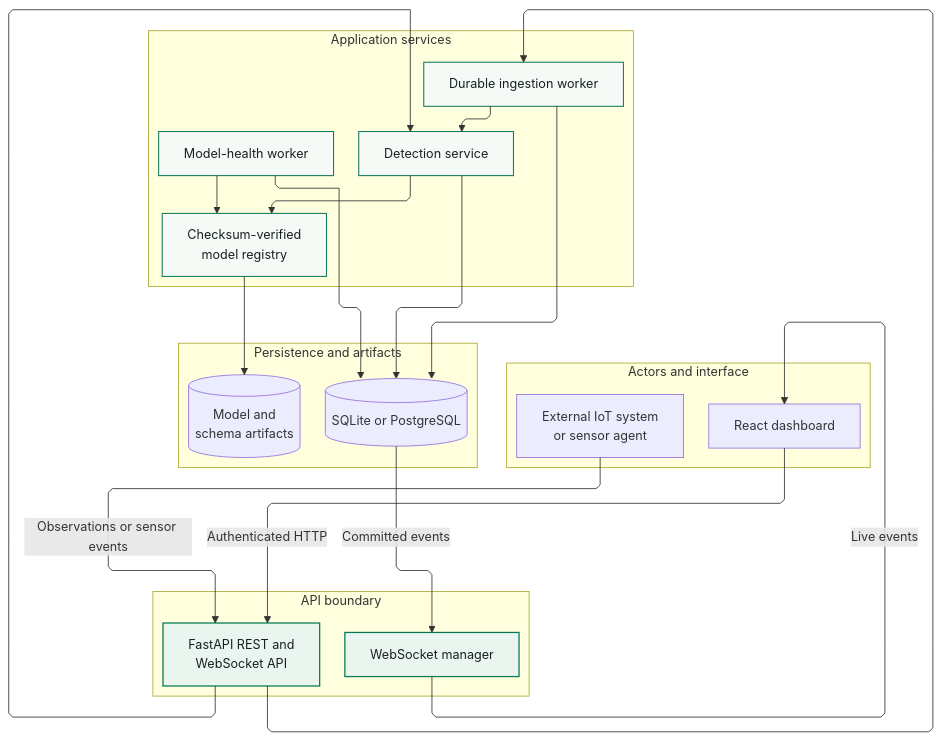
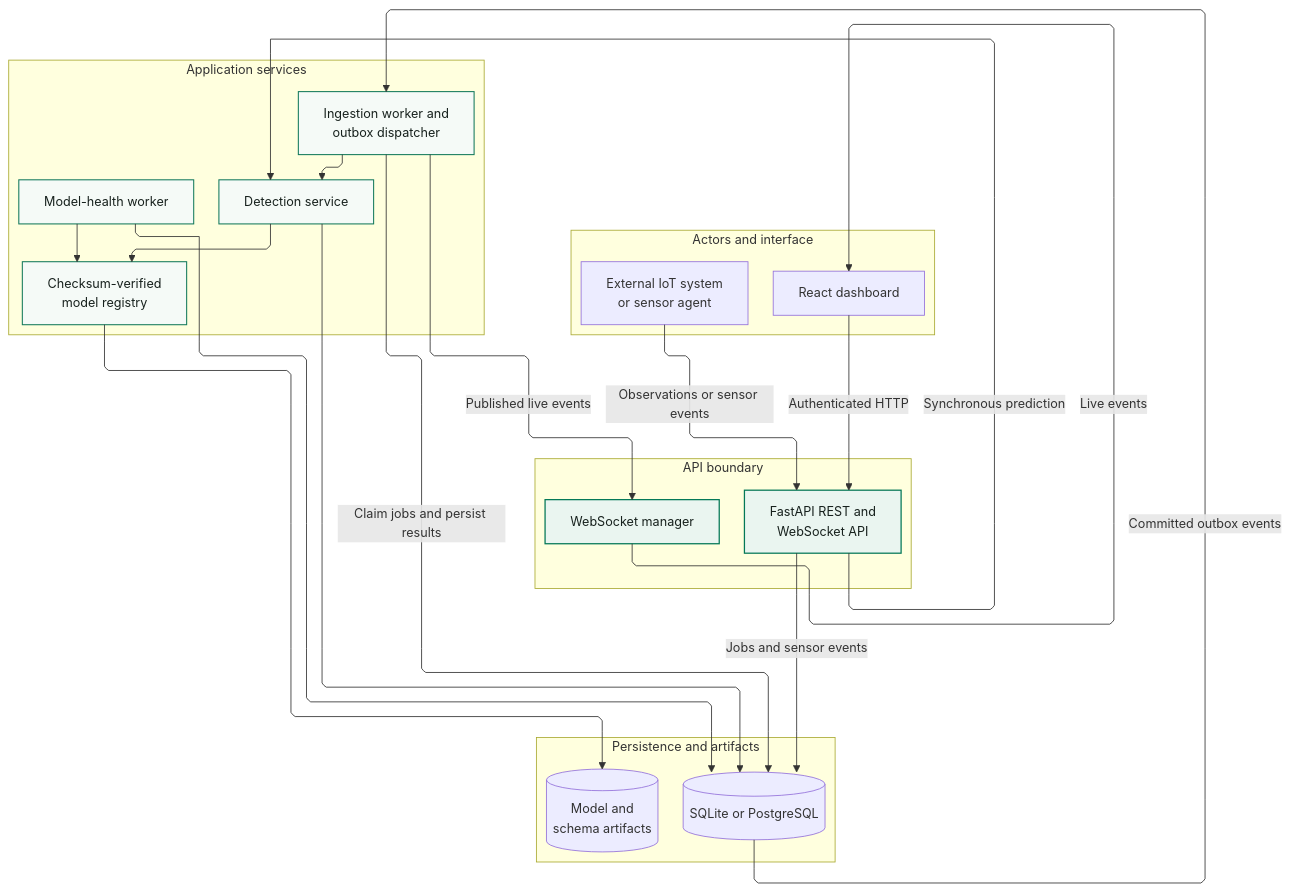
The diagram in diagrams/14-component-architecture.mmd (ZakariaElKhaldi/4iir-sr), drawn with Mermaid before and after one commit. The commit also changed 46 other files, not shown here.

First line of the commit message:
Update main document structure and add project timeline

```diff
--- a/diagrams/14-component-architecture.mmd
+++ b/diagrams/14-component-architecture.mmd
@@ -1,55 +1,56 @@
 ---
 config:
   layout: elk
   flowchart:
     curve: linear
     nodeSpacing: 42
     rankSpacing: 60
   themeVariables:
     fontSize: 15px
 ---
 flowchart TB
     subgraph Sources[Actors and interface]
         direction LR
         External[External IoT system<br/>or sensor agent]
         UI[React dashboard]
     end
 
     subgraph Boundary[API boundary]
         direction LR
         API[FastAPI REST and<br/>WebSocket API]
         Live[WebSocket manager]
     end
 
     subgraph Services[Application services]
         direction LR
-        Queue[Durable ingestion worker]
+        Queue[Ingestion worker and<br/>outbox dispatcher]
         Detection[Detection service]
         Health[Model-health worker]
         Registry[Checksum-verified<br/>model registry]
     end
 
     subgraph Persistence[Persistence and artifacts]
         direction LR
         DB[(SQLite or PostgreSQL)]
         Artifacts[(Model and<br/>schema artifacts)]
     end
 
     External -->|Observations or sensor events| API
     UI -->|Authenticated HTTP| API
-    API --> Queue
-    API --> Detection
+    API -->|Synchronous prediction| Detection
+    API -->|Jobs and sensor events| DB
     Queue --> Detection
     Detection --> Registry
     Registry --> Artifacts
     Detection --> DB
-    Queue --> DB
+    Queue -->|Claim jobs and persist results| DB
     Health --> DB
     Health --> Registry
-    DB -->|Committed events| Live
+    DB -->|Committed outbox events| Queue
+    Queue -->|Published live events| Live
     Live -->|Live events| UI
 
     classDef boundary fill:#eaf5f0,stroke:#047857,color:#17211d,stroke-width:1.5px;
     classDef service fill:#f5faf7,stroke:#13795b,color:#17211d,stroke-width:1.25px;
     class API,Live boundary;
     class Queue,Detection,Health,Registry service;
```
